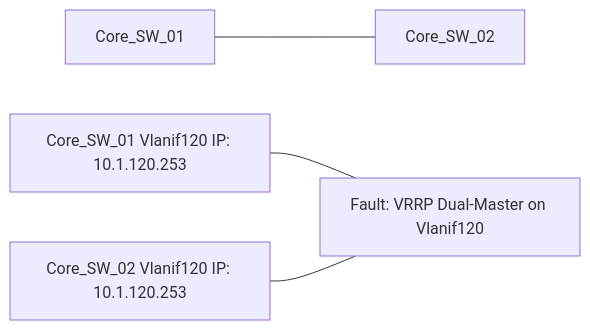
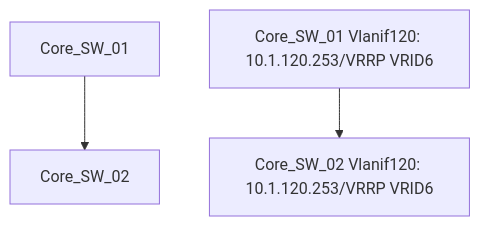
The diagram in outputs/topology_problem_1.md (KG-khangelani/Telco-Troubleshooting-Agentic-Challenge-B), drawn with Mermaid before and after one commit. The commit also changed 8 other files, not shown here.

Commit message:
feat: update topology diagrams and enhance network problem descriptions in markdown files

````diff
--- a/outputs/topology_problem_1.md
+++ b/outputs/topology_problem_1.md
@@ -1,8 +1,5 @@
 ```mermaid
-graph LR
-  Core_SW_01---Core_SW_02
-  note1[Core_SW_01 Vlanif120 IP: 10.1.120.253]
-  note2[Core_SW_02 Vlanif120 IP: 10.1.120.253]
-  note1---VRRP_Dual_Master[Fault: VRRP Dual-Master on Vlanif120]
-  note2---VRRP_Dual_Master
+graph TD
+  Core_SW_01 --> Core_SW_02
+  Core_SW_01_Vlanif120[Core_SW_01 Vlanif120: 10.1.120.253/VRRP VRID6] --> Core_SW_02_Vlanif120[Core_SW_02 Vlanif120: 10.1.120.253/VRRP VRID6]
 ```
````
